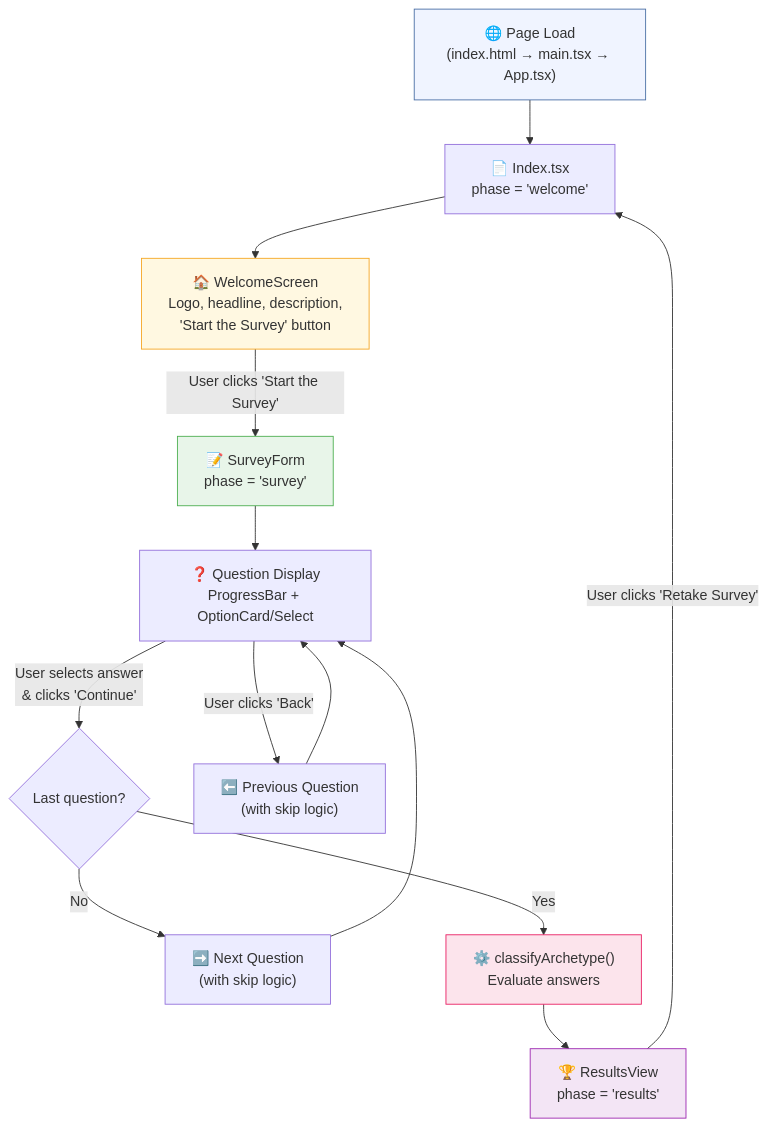
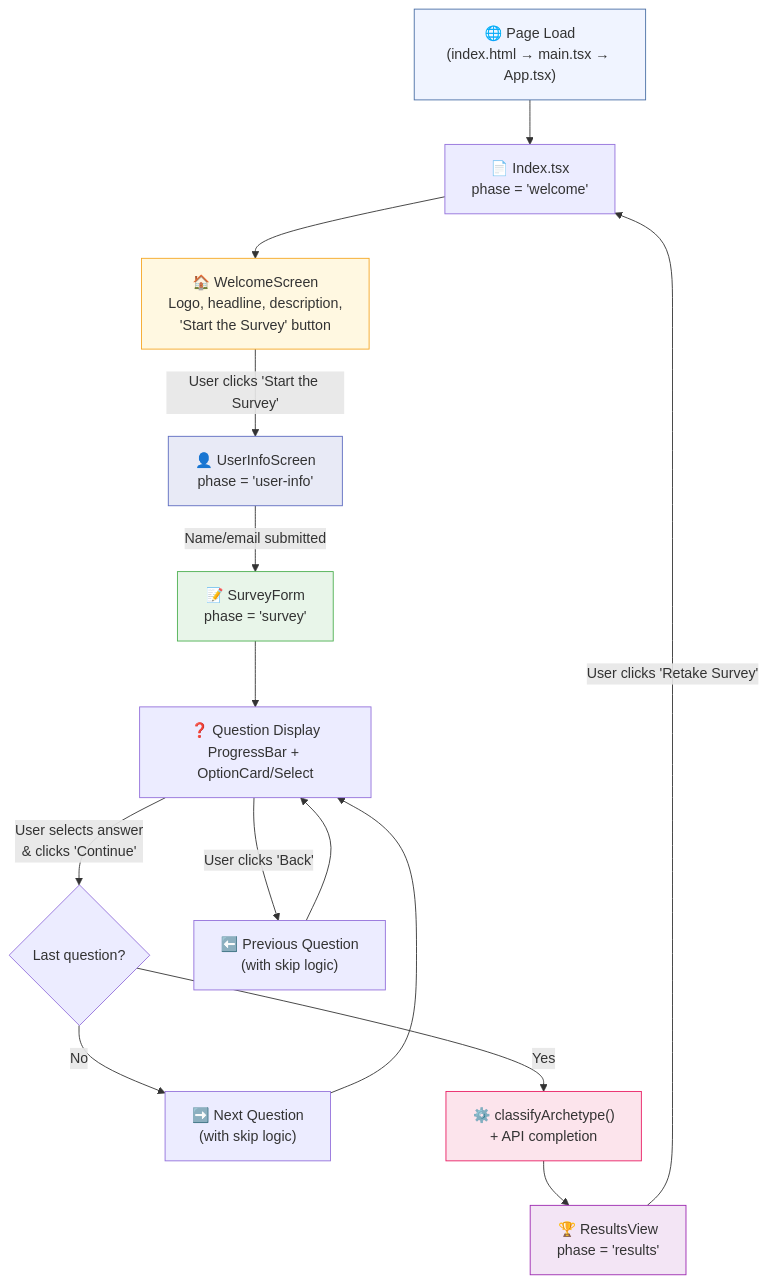
The first of 4 diagrams in README.md (NobleVision/archetype-explorer), drawn with Mermaid before and after one commit. The commit also changed other lines of this file and 9 other files, not shown here.

````diff
--- a/README.md
+++ b/README.md
@@ -134,21 +220,23 @@
 ```mermaid
 flowchart TD
     A["🌐 Page Load<br/>(index.html → main.tsx → App.tsx)"] --> B["📄 Index.tsx<br/>phase = 'welcome'"]
     B --> C["🏠 WelcomeScreen<br/>Logo, headline, description,<br/>'Start the Survey' button"]
-    C -->|"User clicks 'Start the Survey'"| D["📝 SurveyForm<br/>phase = 'survey'"]
+    C -->|"User clicks 'Start the Survey'"| UI["👤 UserInfoScreen<br/>phase = 'user-info'"]
+    UI -->|"Name/email submitted"| D["📝 SurveyForm<br/>phase = 'survey'"]
     D --> E["❓ Question Display<br/>ProgressBar + OptionCard/Select"]
     E -->|"User selects answer<br/>& clicks 'Continue'"| F{"Last question?"}
     F -->|No| G["➡️ Next Question<br/>(with skip logic)"]
     G --> E
-    F -->|Yes| H["⚙️ classifyArchetype()<br/>Evaluate answers"]
+    F -->|Yes| H["⚙️ classifyArchetype()<br/>+ API completion"]
     H --> I["🏆 ResultsView<br/>phase = 'results'"]
     I -->|"User clicks 'Retake Survey'"| B
     E -->|"User clicks 'Back'"| J["⬅️ Previous Question<br/>(with skip logic)"]
     J --> E
 
     style A fill:#f0f4ff,stroke:#4a6fa5
     style C fill:#fff8e1,stroke:#f5a623
+    style UI fill:#e8eaf6,stroke:#5c6bc0
     style D fill:#e8f5e9,stroke:#4caf50
     style H fill:#fce4ec,stroke:#e91e63
     style I fill:#f3e5f5,stroke:#9c27b0
 ```
````
